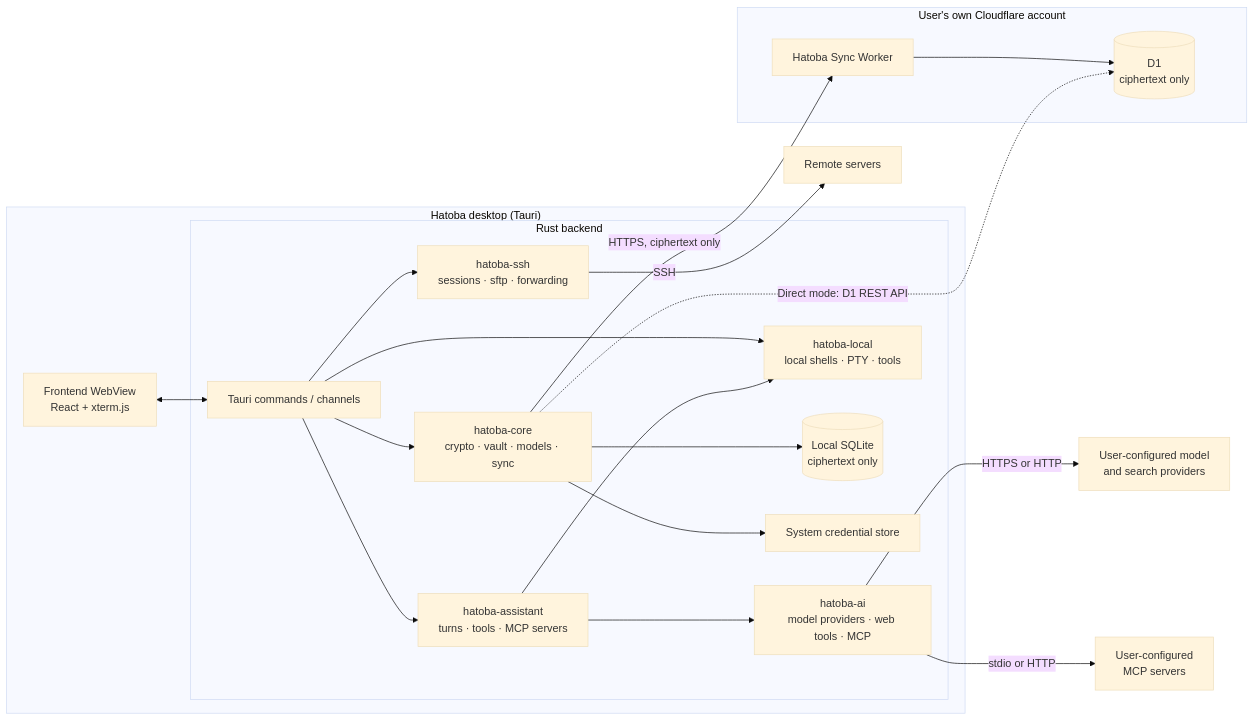
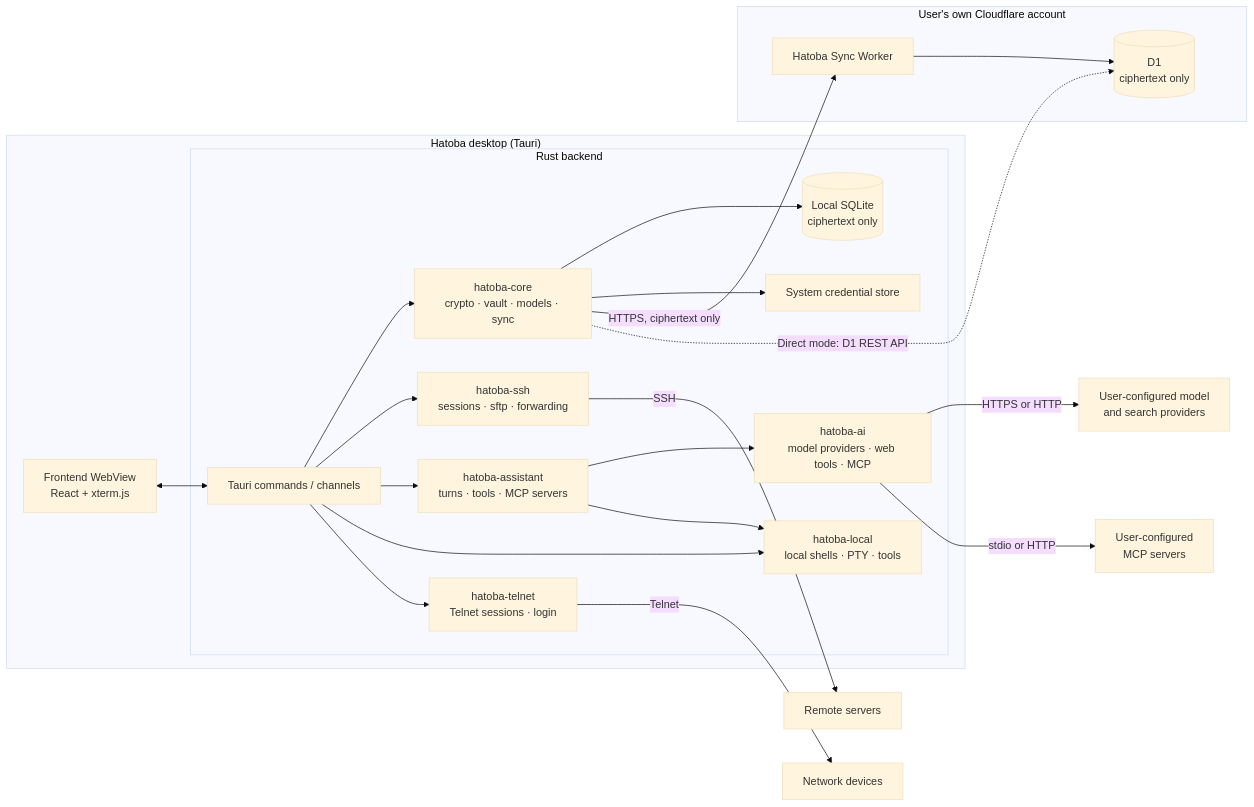
Before and after one commit to scarletkc/Hatoba: the diagram in docs/hatoba-spec.md, drawn with Mermaid (base theme). The commit also changed other lines of this file and 100 other files, not shown here.

````diff
--- a/docs/hatoba-spec.md
+++ b/docs/hatoba-spec.md
@@ -61,35 +61,38 @@
 ```mermaid
 flowchart LR
   subgraph Desktop["Hatoba desktop (Tauri)"]
     UI["Frontend WebView<br/>React + xterm.js"]
     subgraph Rust["Rust backend"]
       CMD["Tauri commands / channels"]
       CORE["hatoba-core<br/>crypto · vault · models · sync"]
       SSH["hatoba-ssh<br/>sessions · sftp · forwarding"]
       ASSIST["hatoba-assistant<br/>turns · tools · MCP servers"]
       AI["hatoba-ai<br/>model providers · web tools · MCP"]
       LOCAL["hatoba-local<br/>local shells · PTY · tools"]
+      TELNET["hatoba-telnet<br/>Telnet sessions · login"]
       DB[("Local SQLite<br/>ciphertext only")]
       KC["System credential store"]
     end
   end
   subgraph CF["User's own Cloudflare account"]
     W["Hatoba Sync Worker"]
     D1[("D1<br/>ciphertext only")]
   end
   UI <--> CMD
   CMD --> CORE
   CMD --> SSH
   CMD --> ASSIST
   CMD --> LOCAL
+  CMD --> TELNET
   ASSIST --> AI
   ASSIST --> LOCAL
   AI -->|HTTPS or HTTP| Providers["User-configured model<br/>and search providers"]
   AI -->|stdio or HTTP| MCP["User-configured<br/>MCP servers"]
   CORE --> DB
   CORE --> KC
   SSH -->|SSH| Servers["Remote servers"]
+  TELNET -->|Telnet| Devices["Network devices"]
   CORE -->|HTTPS, ciphertext only| W
   W --> D1
   CORE -.->|Direct mode: D1 REST API| D1
 ```
````
